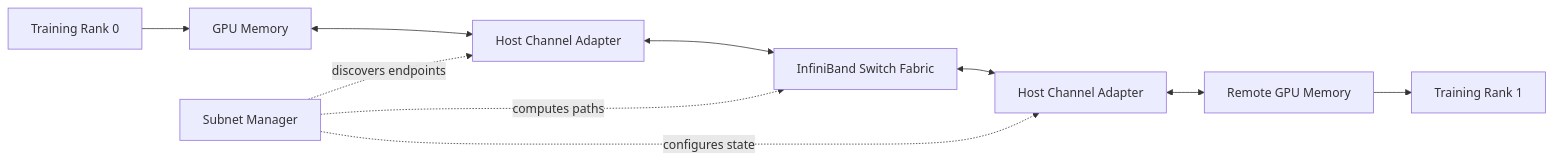
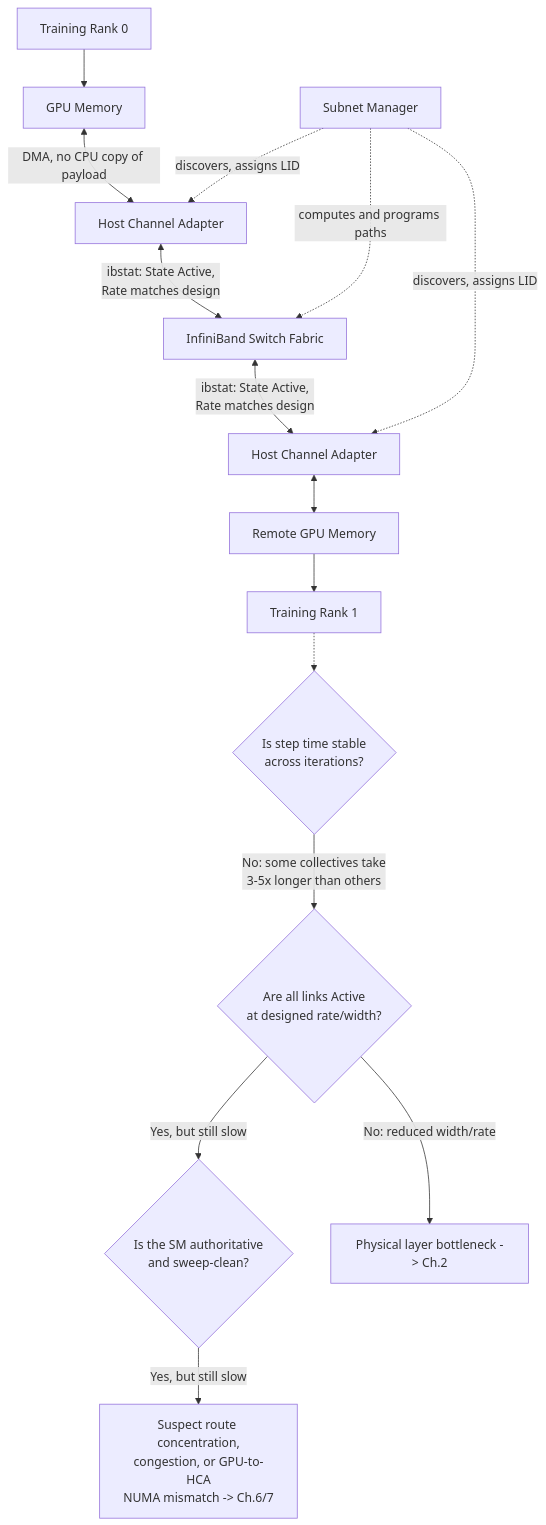
Before and after one commit to jithinpnjm/nvidia-devops: the first of 3 diagrams in docs/nvidia-zero-to-hero/volume-08/chapter-01-why-infiniband-exists.md, drawn with Mermaid. The commit also changed other lines of this file and 2 other files, not shown here.

Commit message:
WIP checkpoint: depth rework in progress, NOT verified/built — session hit rate limit mid-run

````diff
--- a/docs/nvidia-zero-to-hero/volume-08/chapter-01-why-infiniband-exists.md
+++ b/docs/nvidia-zero-to-hero/volume-08/chapter-01-why-infiniband-exists.md
@@ -65,22 +65,20 @@
 ```mermaid
-flowchart LR
-    App0[Training Rank 0]
-    GPU0[GPU Memory]
-    HCA0[Host Channel Adapter]
-    Fabric[InfiniBand Switch Fabric]
-    HCA1[Host Channel Adapter]
-    GPU1[Remote GPU Memory]
-    App1[Training Rank 1]
-    SM[Subnet Manager]
+flowchart TD
+    App0[Training Rank 0] --> GPU0[GPU Memory]
+    GPU0 <-->|"DMA, no CPU copy of payload"| HCA0[Host Channel Adapter]
+    HCA0 <-->|"ibstat: State Active,<br/>Rate matches design"| Fabric[InfiniBand Switch Fabric]
+    Fabric <-->|"ibstat: State Active,<br/>Rate matches design"| HCA1[Host Channel Adapter]
+    HCA1 <--> GPU1[Remote GPU Memory]
+    GPU1 --> App1[Training Rank 1]
 
-    App0 --> GPU0
-    GPU0 <--> HCA0
-    HCA0 <--> Fabric
-    Fabric <--> HCA1
-    HCA1 <--> GPU1
-    GPU1 --> App1
+    SM[Subnet Manager] -. "discovers, assigns LID" .-> HCA0
+    SM -. "computes and programs paths" .-> Fabric
+    SM -. "discovers, assigns LID" .-> HCA1
 
-    SM -. discovers endpoints .-> HCA0
-    SM -. computes paths .-> Fabric
-    SM -. configures state .-> HCA1
+    Check{"Is step time stable<br/>across iterations?"}
+    App1 -.-> Check
+    Check -->|"No: some collectives take<br/>3-5x longer than others"| Q1{"Are all links Active<br/>at designed rate/width?"}
+    Q1 -->|"Yes, but still slow"| Q2{"Is the SM authoritative<br/>and sweep-clean?"}
+    Q2 -->|"Yes, but still slow"| Q3["Suspect route concentration,<br/>congestion, or GPU-to-HCA<br/>NUMA mismatch -&gt; Ch.6/7"]
+    Q1 -->|"No: reduced width/rate"| F1["Physical layer bottleneck -&gt; Ch.2"]
 ```
````
